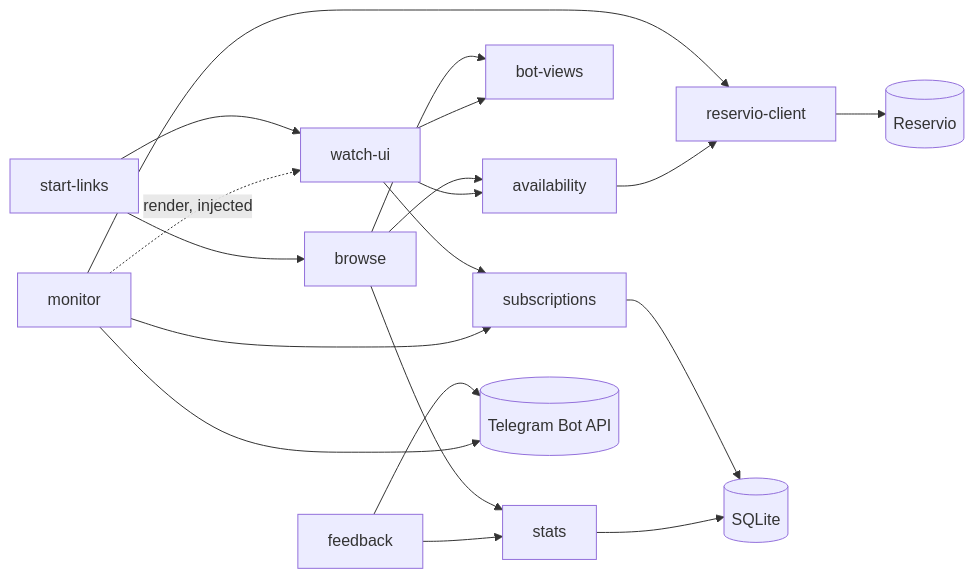
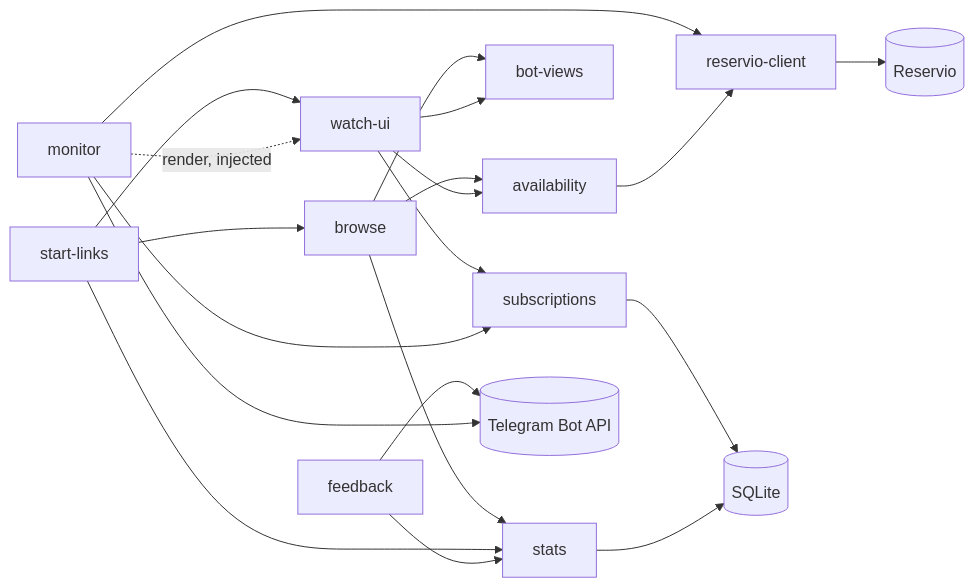
One commit to Kairick/padel-bot changed the diagram in docs/blocks/index.md. Above: the diagram before and after it, drawn with Mermaid. The commit also changed 10 other files, not shown here.

````diff
--- a/docs/blocks/index.md
+++ b/docs/blocks/index.md
@@ -23,21 +23,22 @@
 ```mermaid
 flowchart LR
   browse --> availability
   browse --> views[bot-views]
   browse --> stats
   links[start-links] --> browse
+  links --> stats
   links --> watch
   watch[watch-ui] --> subs[subscriptions]
   watch --> views
   watch --> availability
   feedback --> stats
   feedback --> TG[(Telegram Bot API)]
   monitor --> client[reservio-client]
   monitor --> subs
   monitor -. render, injected .-> watch
   monitor --> TG
   availability --> client
   client --> RS[(Reservio)]
   subs --> DB[(SQLite)]
   stats --> DB
 ```
````
